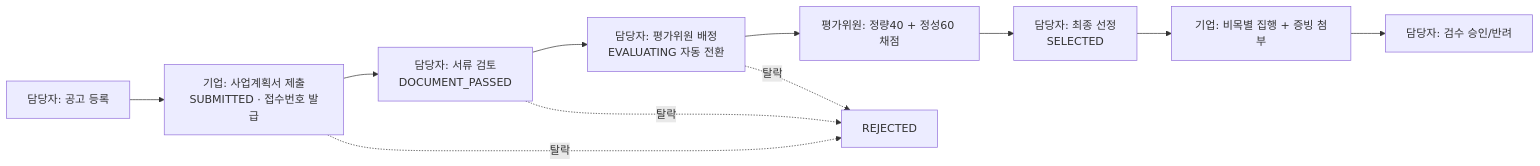
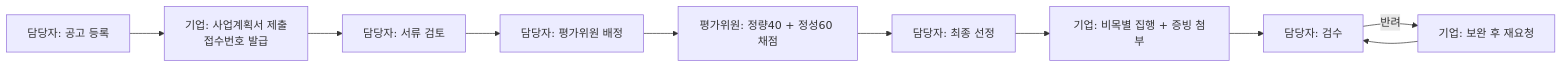
Before and after one commit to gwangco/daegu-pms: the diagram in README.md, drawn with Mermaid. The commit also changed other lines of this file and 6 other files, not shown here.

````diff
--- a/README.md
+++ b/README.md
@@ -50,13 +44,12 @@
 ```mermaid
 flowchart LR
-    A[담당자: 공고 등록] --> B[기업: 사업계획서 제출<br/>SUBMITTED · 접수번호 발급]
-    B --> C[담당자: 서류 검토<br/>DOCUMENT_PASSED]
-    C --> D[담당자: 평가위원 배정<br/>EVALUATING 자동 전환]
+    A[담당자: 공고 등록] --> B[기업: 사업계획서 제출<br/>접수번호 발급]
+    B --> C[담당자: 서류 검토]
+    C --> D[담당자: 평가위원 배정]
     D --> E[평가위원: 정량40 + 정성60 채점]
-    E --> F[담당자: 최종 선정<br/>SELECTED]
+    E --> F[담당자: 최종 선정]
     F --> G[기업: 비목별 집행 + 증빙 첨부]
-    G --> H[담당자: 검수 승인/반려]
-    B -. 탈락 .-> R[REJECTED]
-    C -. 탈락 .-> R
-    D -. 탈락 .-> R
+    G --> H[담당자: 검수]
+    H -- 반려 --> I[기업: 보완 후 재요청]
+    I --> H
 ```
````
